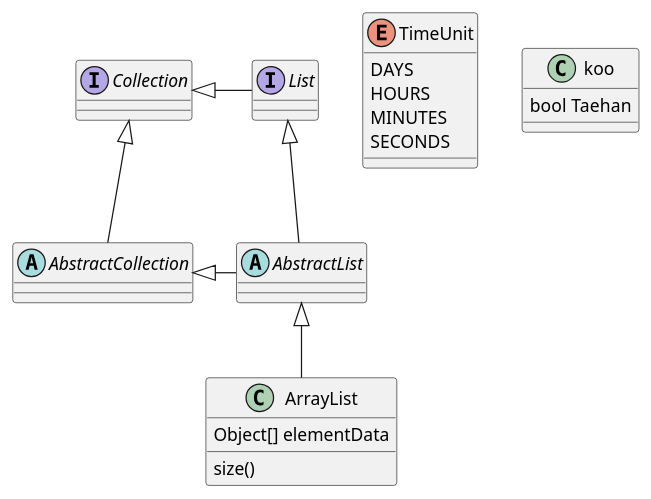
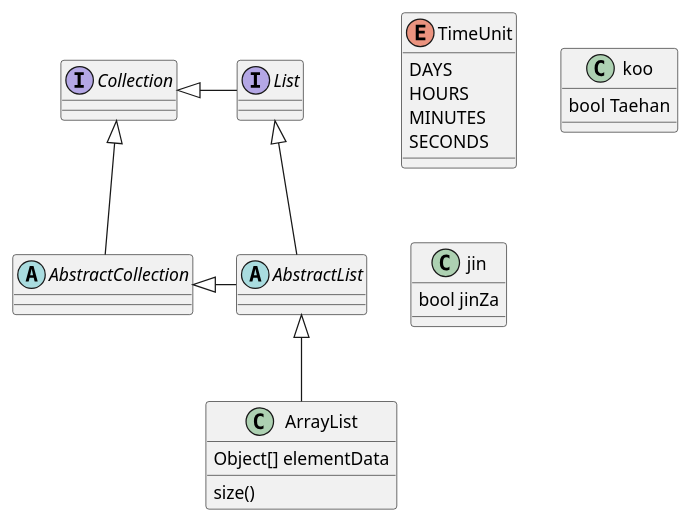
One commit to KodaSystem/Koda changed the diagram in lunchSelector/src/lunchSelector.puml. Above: the diagram before and after it, drawn with PlantUML.

Commit message:
feature/ui push jinhyeongyu_가 했음

```diff
--- a/lunchSelector/src/lunchSelector.puml
+++ b/lunchSelector/src/lunchSelector.puml
@@ -1,32 +1,36 @@
 @startuml
 'https://plantuml.com/class-diagram
 
 abstract class AbstractList
 abstract AbstractCollection
 interface List
 interface Collection
 
 List <|-- AbstractList
 Collection <|-- AbstractCollection
 
 Collection <|- List
 AbstractCollection <|- AbstractList
 AbstractList <|-- ArrayList
 
 class ArrayList {
 Object[] elementData
 size()
 }
 
 enum TimeUnit {
 DAYS
 HOURS
 MINUTES
 SECONDS
 }
 
 class koo {
 bool Taehan
 }
 
+class jin {
+bool jinZa
+}
+
 @enduml
```
